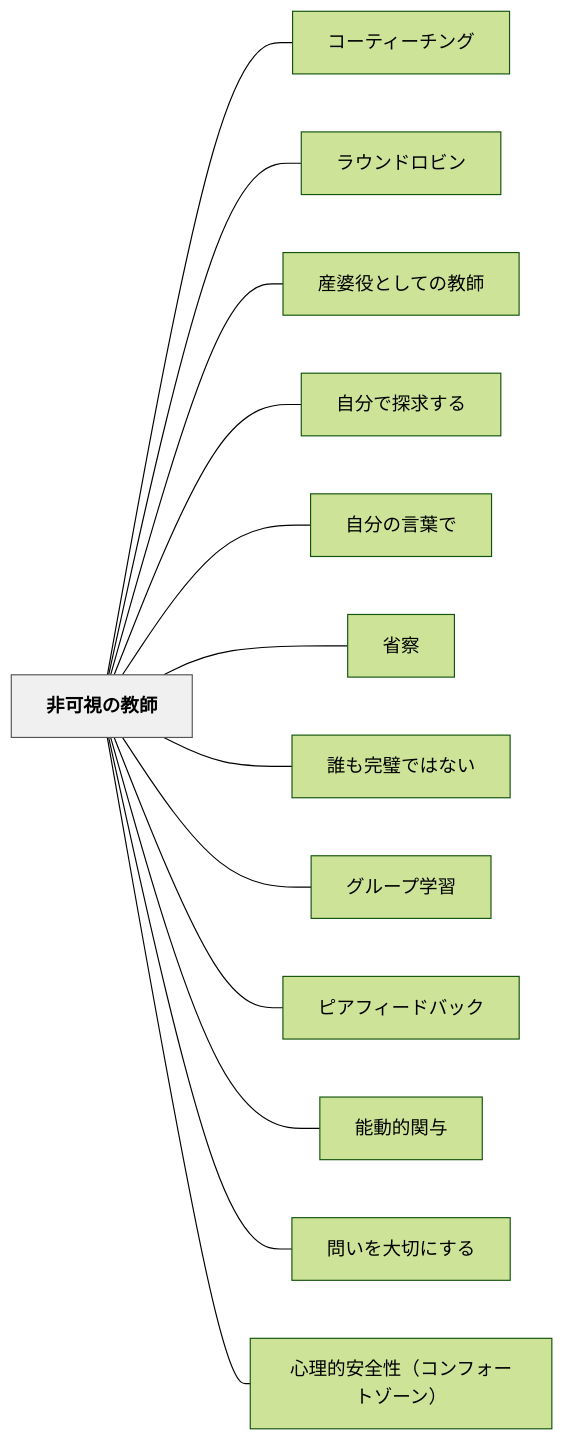
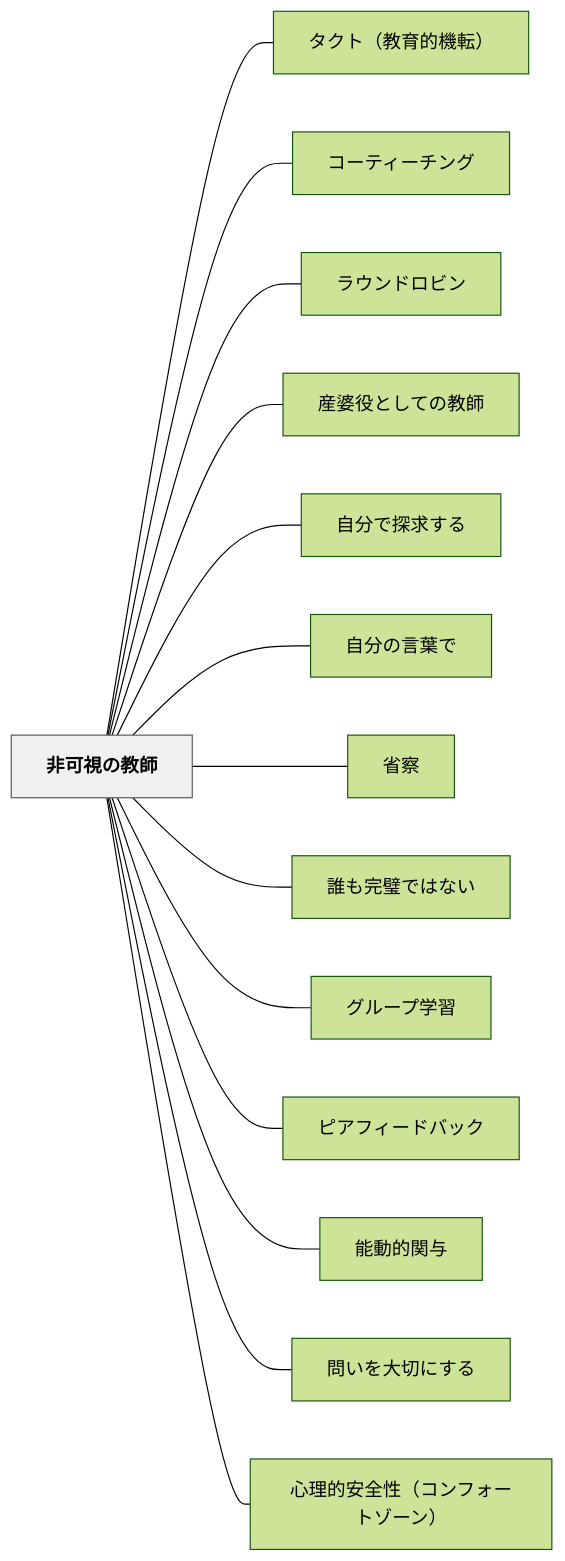
One commit to unknownthings-ed-patterns/unknownthings-ed-patterns changed the diagram in content/パタン/非可視の教師.md. Above: the diagram before and after it, drawn with Mermaid (forest theme). The commit also changed other lines of this file and 12 other files, not shown here.

````diff
--- a/content/パタン/非可視の教師.md
+++ b/content/パタン/非可視の教師.md
@@ -99,32 +100,34 @@
 ```mermaid
 flowchart LR
     ne99d9ee58fafe8a696e381aee69599e5b8ab["非可視の教師"]
+    ne382bfe382afe38388efbc88e69599e882b2e79a84e6a99fe8bba2efbc89["タクト（教育的機転）"]
     ne382b3e383bce38386e382a3e383bce38381e383b3e382b0["コーティーチング"]
     ne383a9e382a6e383b3e38389e383ade38393e383b3["ラウンドロビン"]
     ne794a3e5a986e5bdb9e381a8e38197e381a6e381aee69599e5b8ab["産婆役としての教師"]
     ne887aae58886e381a7e68ea2e6b182e38199e3828b["自分で探求する"]
     ne887aae58886e381aee8a880e89189e381a7["自分の言葉で"]
     ne79c81e5af9f["省察"]
     ne8aab0e38282e5ae8ce792a7e381a7e381afe381aae38184["誰も完璧ではない"]
     ne382b0e383abe383bce38397e5ada6e7bf92["グループ学習"]
     ne38394e382a2e38395e382a3e383bce38389e38390e38383e382af["ピアフィードバック"]
     ne883bde58b95e79a84e996a2e4b88e["能動的関与"]
     ne5958fe38184e38292e5a4a7e58887e381abe38199e3828b["問いを大切にする"]
     ne5bf83e79086e79a84e5ae89e585a8e680a7efbc88e382b3e383b3e38395e382a9e383bce38388e382bee383bce383b3efbc89["心理的安全性（コンフォートゾーン）"]
 
+    ne99d9ee58fafe8a696e381aee69599e5b8ab --- ne382bfe382afe38388efbc88e69599e882b2e79a84e6a99fe8bba2efbc89
     ne99d9ee58fafe8a696e381aee69599e5b8ab --- ne382b3e383bce38386e382a3e383bce38381e383b3e382b0
     ne99d9ee58fafe8a696e381aee69599e5b8ab --- ne383a9e382a6e383b3e38389e383ade38393e383b3
     ne99d9ee58fafe8a696e381aee69599e5b8ab --- ne794a3e5a986e5bdb9e381a8e38197e381a6e381aee69599e5b8ab
     ne99d9ee58fafe8a696e381aee69599e5b8ab --- ne887aae58886e381a7e68ea2e6b182e38199e3828b
     ne99d9ee58fafe8a696e381aee69599e5b8ab --- ne887aae58886e381aee8a880e89189e381a7
     ne99d9ee58fafe8a696e381aee69599e5b8ab --- ne79c81e5af9f
     ne99d9ee58fafe8a696e381aee69599e5b8ab --- ne8aab0e38282e5ae8ce792a7e381a7e381afe381aae38184
     ne99d9ee58fafe8a696e381aee69599e5b8ab --- ne382b0e383abe383bce38397e5ada6e7bf92
     ne99d9ee58fafe8a696e381aee69599e5b8ab --- ne38394e382a2e38395e382a3e383bce38389e38390e38383e382af
     ne99d9ee58fafe8a696e381aee69599e5b8ab --- ne883bde58b95e79a84e996a2e4b88e
     ne99d9ee58fafe8a696e381aee69599e5b8ab --- ne5958fe38184e38292e5a4a7e58887e381abe38199e3828b
     ne99d9ee58fafe8a696e381aee69599e5b8ab --- ne5bf83e79086e79a84e5ae89e585a8e680a7efbc88e382b3e383b3e38395e382a9e383bce38388e382bee383bce383b3efbc89
 
     classDef hub fill:#f0f0f0,stroke:#555,color:#000,font-weight:bold
     class ne99d9ee58fafe8a696e381aee69599e5b8ab hub
 ```
````
